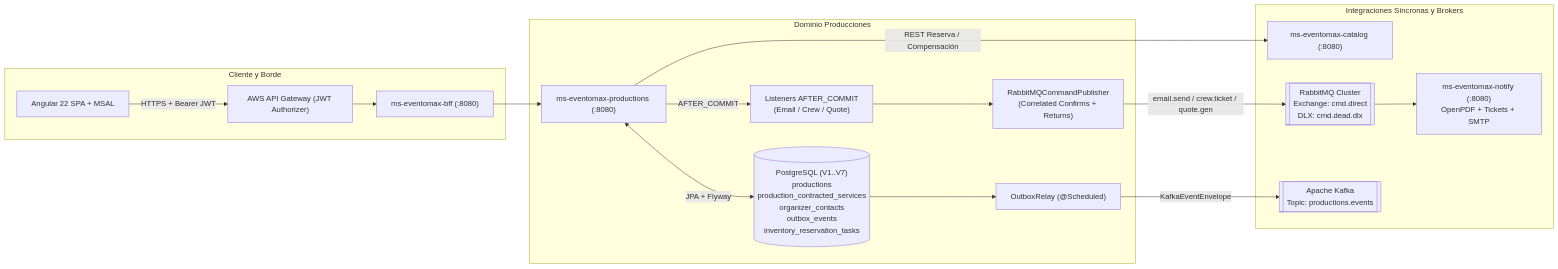
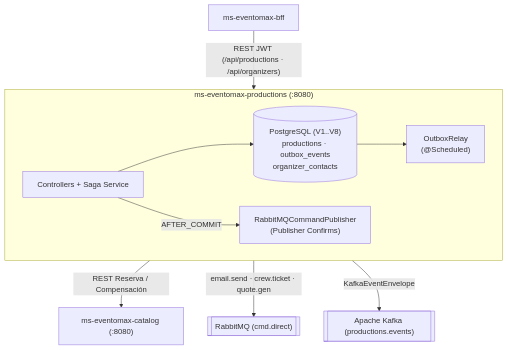
The diagram in README.md (Nachovn12/ms-eventomax-productions), drawn with Mermaid before and after one commit. The commit also changed other lines of this file and 9 other files, not shown here.

Commit message:
docs: standardize professional README with banner, stack icons and Mermaid diagram

````diff
--- a/README.md
+++ b/README.md
@@ -24,30 +98,15 @@
 ```mermaid
-flowchart LR
-    subgraph Cliente y Borde
-        SPA["Angular 22 SPA + MSAL"]
-        APIGW["AWS API Gateway (JWT Authorizer)"]
-        BFF["ms-eventomax-bff (:8080)"]
+flowchart TB
+    BFF["ms-eventomax-bff"] -->|"REST JWT (/api/productions · /api/organizers)"| PROD
+
+    subgraph PROD["ms-eventomax-productions (:8080)"]
+        direction LR
+        CTRL["Controllers + Saga Service"] --> PG[("PostgreSQL (V1..V8)<br/>productions · outbox_events<br/>organizer_contacts")]
+        CTRL -->|"AFTER_COMMIT"| PUB["RabbitMQCommandPublisher<br/>(Publisher Confirms)"]
+        PG --> RELAY["OutboxRelay<br/>(@Scheduled)"]
     end
 
-    subgraph Dominio Producciones
-        PROD["ms-eventomax-productions (:8080)"]
-        PG_PROD[("PostgreSQL (V1..V7)\nproductions\nproduction_contracted_services\norganizer_contacts\noutbox_events\ninventory_reservation_tasks")]
-        AFTER_COMMIT["Listeners AFTER_COMMIT\n(Email / Crew / Quote)"]
-        PUB["RabbitMQCommandPublisher\n(Correlated Confirms + Returns)"]
-        RELAY["OutboxRelay (@Scheduled)"]
-    end
-
-    subgraph Integraciones Síncronas y Brokers
-        CAT["ms-eventomax-catalog (:8080)"]
-        RMQ[["RabbitMQ Cluster\nExchange: cmd.direct\nDLX: cmd.dead.dlx"]]
-        KFK[["Apache Kafka\nTopic: productions.events"]]
-        NOTIFY["ms-eventomax-notify (:8080)\nOpenPDF + Tickets + SMTP"]
-    end
-
-    SPA -->|HTTPS + Bearer JWT| APIGW --> BFF --> PROD
-    PROD <-->|JPA + Flyway| PG_PROD
-    PROD -->|REST Reserva / Compensación| CAT
-    PROD -->|AFTER_COMMIT| AFTER_COMMIT --> PUB
-    PUB -->|email.send / crew.ticket / quote.gen| RMQ --> NOTIFY
-    PG_PROD --> RELAY -->|KafkaEventEnvelope| KFK
+    CTRL -->|"REST Reserva / Compensación"| CAT["ms-eventomax-catalog (:8080)"]
+    PUB -->|"email.send · crew.ticket · quote.gen"| RMQ[["RabbitMQ (cmd.direct)"]]
+    RELAY -->|"KafkaEventEnvelope"| KFK[["Apache Kafka (productions.events)"]]
 ```
````
